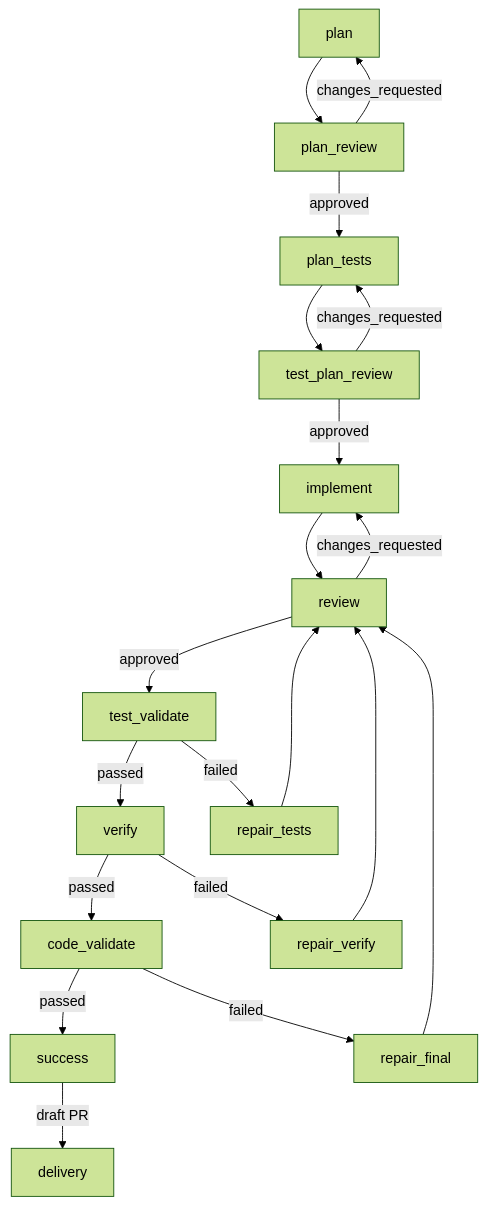
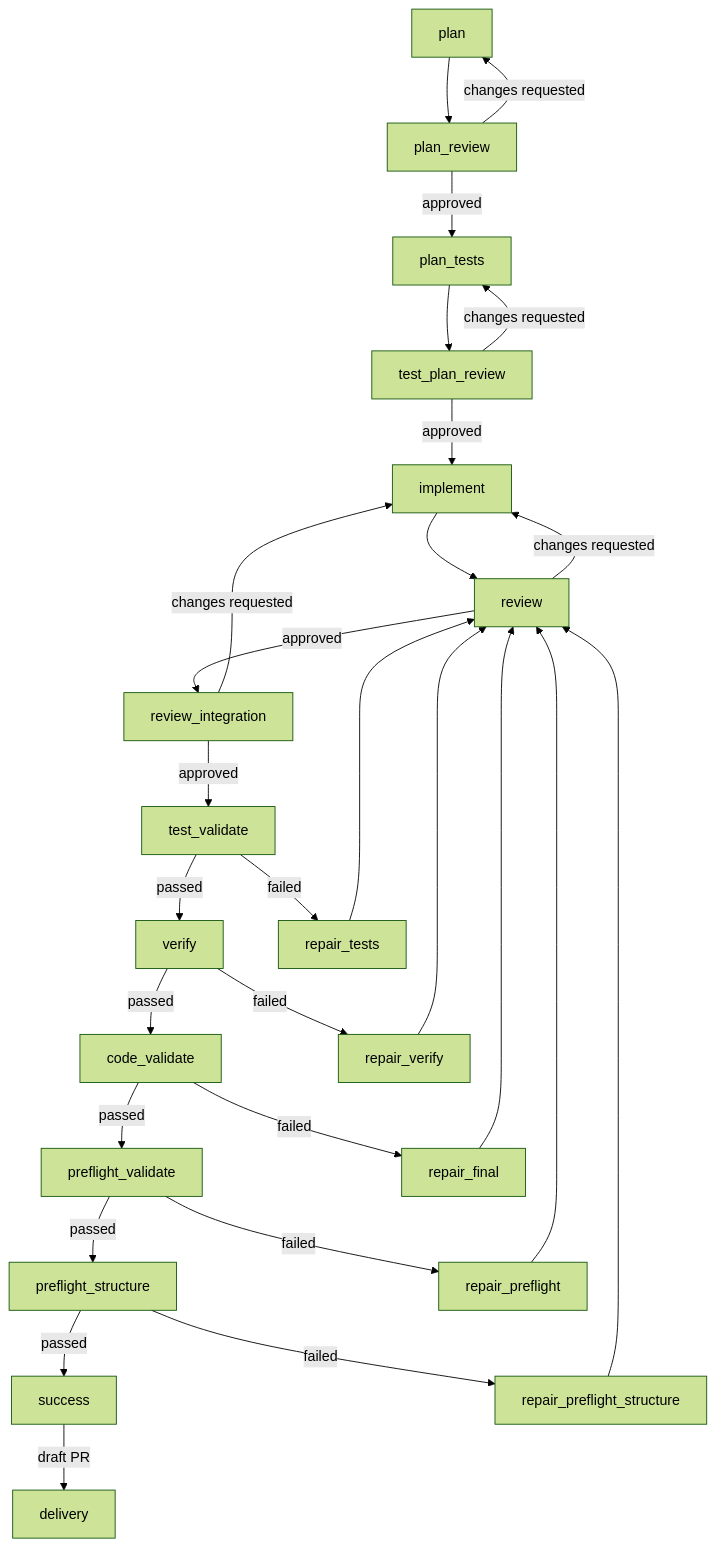
One commit to MiviaLabs/mivia-agent changed the diagram in docs/product/workflows-guide.md. Above: the diagram before and after it, drawn with Mermaid (forest theme). The commit also changed other lines of this file and 40 other files, not shown here.

````diff
--- a/docs/product/workflows-guide.md
+++ b/docs/product/workflows-guide.md
@@ -405,22 +251,30 @@
 ```mermaid
 flowchart TD
     plan --> plan_review
     plan_review -->|approved| plan_tests
-    plan_review -->|changes_requested| plan
+    plan_review -->|changes requested| plan
     plan_tests --> test_plan_review
     test_plan_review -->|approved| implement
-    test_plan_review -->|changes_requested| plan_tests
+    test_plan_review -->|changes requested| plan_tests
     implement --> review
-    review -->|approved| test_validate
-    review -->|changes_requested| implement
+    review -->|approved| review_integration
+    review -->|changes requested| implement
+    review_integration -->|approved| test_validate
+    review_integration -->|changes requested| implement
     test_validate -->|passed| verify
     test_validate -->|failed| repair_tests
     repair_tests --> review
     verify -->|passed| code_validate
     verify -->|failed| repair_verify
     repair_verify --> review
-    code_validate -->|passed| success
+    code_validate -->|passed| preflight_validate
     code_validate -->|failed| repair_final
     repair_final --> review
+    preflight_validate -->|passed| preflight_structure
+    preflight_validate -->|failed| repair_preflight
+    repair_preflight --> review
+    preflight_structure -->|passed| success
+    preflight_structure -->|failed| repair_preflight_structure
+    repair_preflight_structure --> review
     success -->|draft PR| delivery
 ```
````
